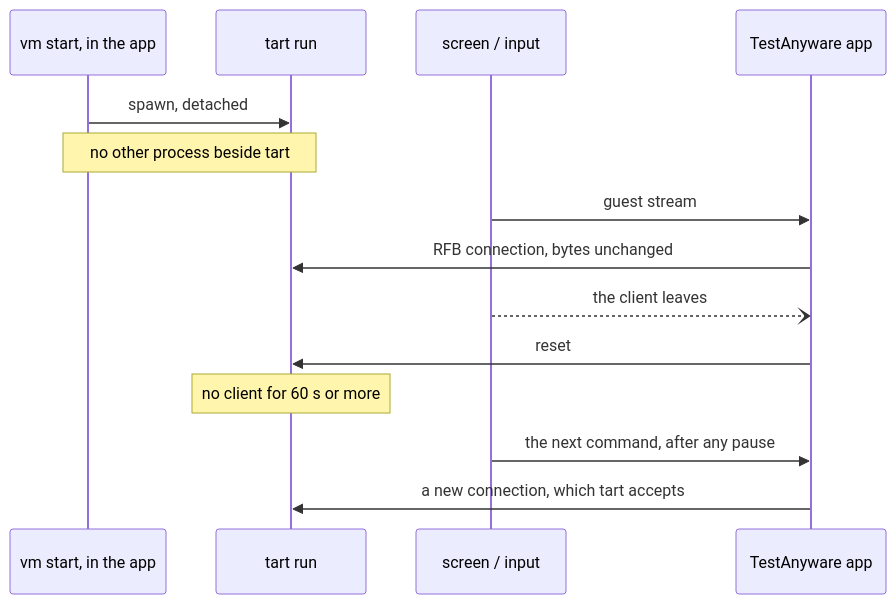
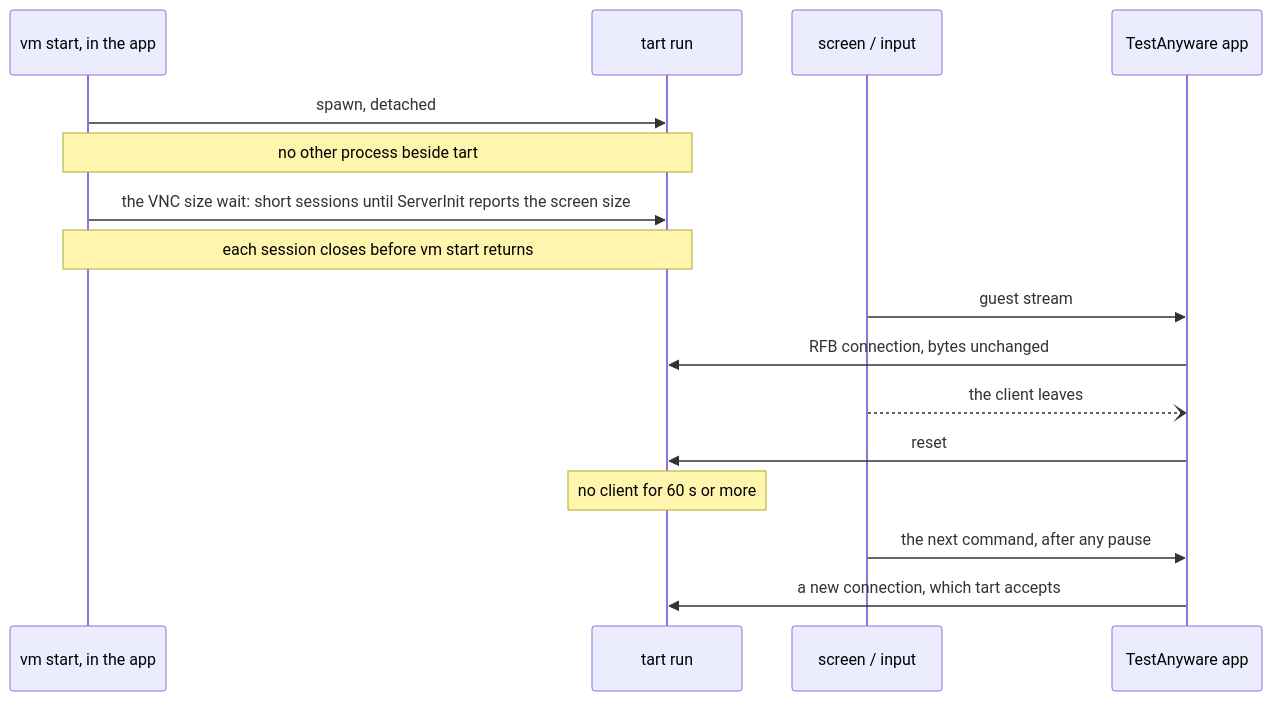
Before and after one commit to Linkuistics/TestAnyware: the diagram in docs/adr/0018-a-macos-host-runs-the-latest-macos-27-and-tart.md, drawn with Mermaid. The commit also changed other lines of this file and 7 other files, not shown here.

First line of the commit message:
first-frame-size-k9: measure the stale first size of a tart guest, and decide the VNC size wait

````diff
--- a/docs/adr/0018-a-macos-host-runs-the-latest-macos-27-and-tart.md
+++ b/docs/adr/0018-a-macos-host-runs-the-latest-macos-27-and-tart.md
@@ -45,16 +55,18 @@
 ```mermaid
 sequenceDiagram
     participant S as vm start, in the app
     participant T as tart run
     participant C as screen / input
     participant A as TestAnyware app
     S->>T: spawn, detached
     Note over S,T: no other process beside tart
+    S->>T: the VNC size wait: short sessions until ServerInit reports the screen size
+    Note over S,T: each session closes before vm start returns
     C->>A: guest stream
     A->>T: RFB connection, bytes unchanged
     C--)A: the client leaves
     A->>T: reset
     Note over T: no client for 60 s or more
     C->>A: the next command, after any pause
     A->>T: a new connection, which tart accepts
 ```
````
